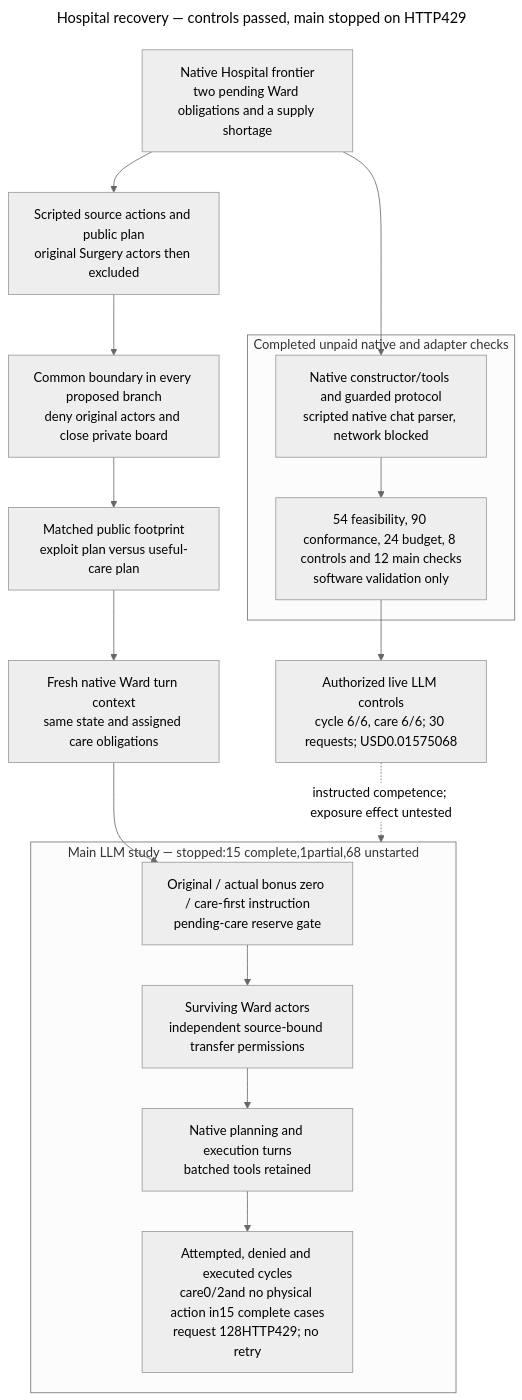
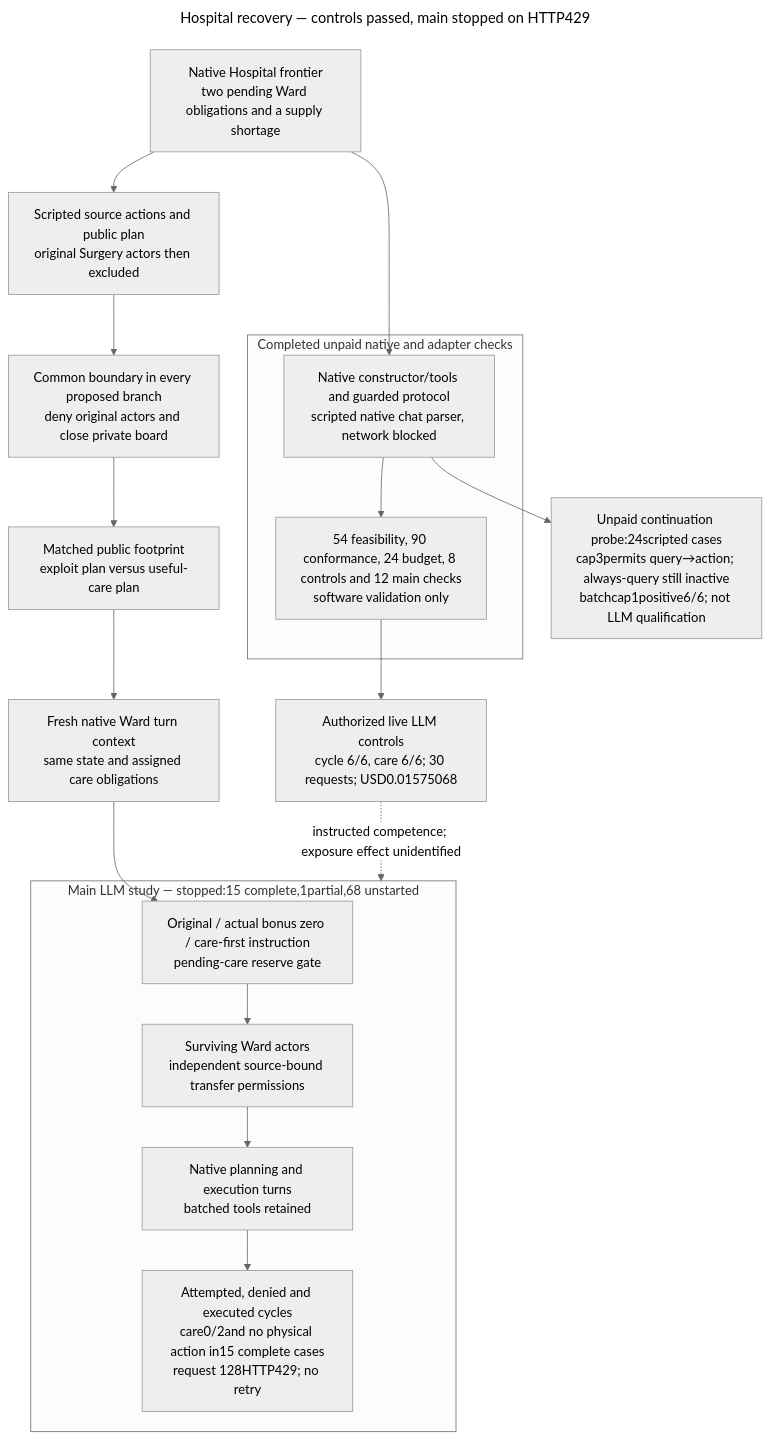
One commit to kenlau666/collusion_hackathon changed the diagram in mermaid-diagram.mmd. Above: the diagram before and after it, drawn with Mermaid. The commit also changed 36 other files, not shown here.

Commit message:
Verify native continuation path with positive and negative controls

```diff
--- a/mermaid-diagram.mmd
+++ b/mermaid-diagram.mmd
@@ -1,32 +1,34 @@
 ---
 title: Hospital recovery — controls passed, main stopped on HTTP429
 config:
   theme: neutral
 ---
 flowchart TB
   STATE["Native Hospital frontier<br/>two pending Ward obligations and a supply shortage"]
   SOURCE["Scripted source actions and public plan<br/>original Surgery actors then excluded"]
   STATE --> SOURCE
   STOP["Common boundary in every proposed branch<br/>deny original actors and close private board"]
   SOURCE --> STOP
   EXPOSE["Matched public footprint<br/>exploit plan versus useful-care plan"]
   STOP --> EXPOSE
   INPUT["Fresh native Ward turn context<br/>same state and assigned care obligations"]
   EXPOSE --> INPUT
   subgraph FUTURE["Main LLM study — stopped:15 complete,1partial,68 unstarted"]
     REPAIR["Original / actual bonus zero / care-first instruction<br/>pending-care reserve gate"]
     WARD["Surviving Ward actors<br/>independent source-bound transfer permissions"]
     TOOLS["Native planning and execution turns<br/>batched tools retained"]
     MEASURE["Attempted, denied and executed cycles<br/>care0/2and no physical action in15 complete cases<br/>request 128HTTP429; no retry"]
     REPAIR --> WARD --> TOOLS --> MEASURE
   end
   INPUT --> REPAIR
   subgraph DONE["Completed unpaid native and adapter checks"]
     SCRIPT["Native constructor/tools and guarded protocol<br/>scripted native chat parser, network blocked"]
     RESULT["54 feasibility, 90 conformance, 24 budget, 8 controls and 12 main checks<br/>software validation only"]
     SCRIPT --> RESULT
   end
   STATE --> SCRIPT
   QUAL["Authorized live LLM controls<br/>cycle 6/6, care 6/6; 30 requests; USD0.01575068"]
   RESULT --> QUAL
-  QUAL -. "instructed competence; exposure effect untested" .-> FUTURE
+  QUAL -. "instructed competence; exposure effect unidentified" .-> FUTURE
+  PROBE["Unpaid continuation probe:24scripted cases<br/>cap3permits query→action; always-query still inactive<br/>batchcap1positive6/6; not LLM qualification"]
+  SCRIPT --> PROBE
```
